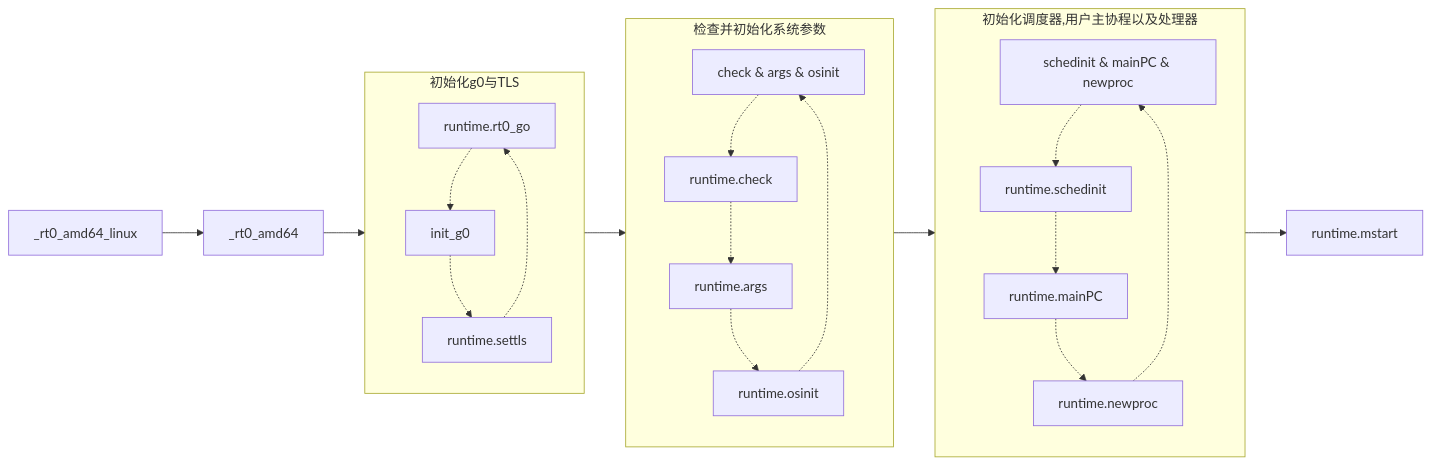
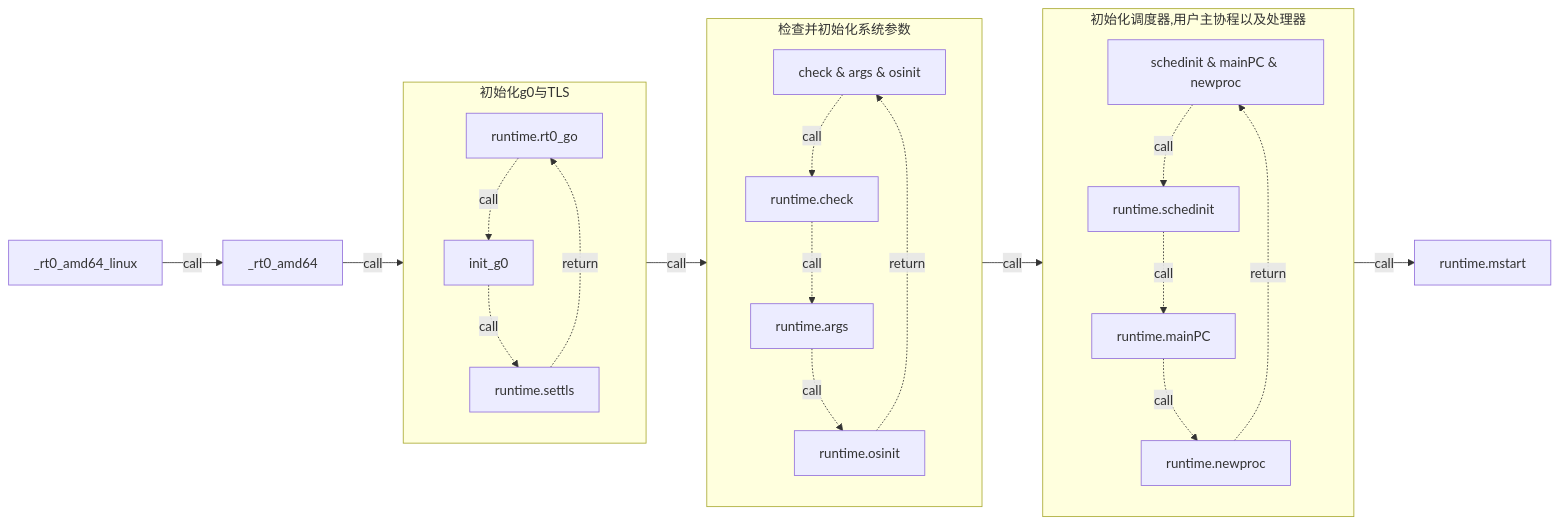
One commit to SDGLBL/go-src changed the first of 3 diagrams in chapter-2-goroutine/README.md. Above: the diagram before and after it, drawn with Mermaid. The commit also changed other lines of this file and 1 other file, not shown here.

````diff
--- a/chapter-2-goroutine/README.md
+++ b/chapter-2-goroutine/README.md
@@ -13,36 +15,36 @@
 ```mermaid
 flowchart LR
   A[_rt0_amd64_linux]
   B[_rt0_amd64]
   C[runtime.rt0_go]
   D[check & args & osinit]
   F[schedinit & mainPC & newproc]
   I[runtime.mstart]
 
   click C "https://github.com/golang/go/blob/819087624072fe8ca5914668e837d18eb231f04e/src/runtime/asm_amd64.s#L159" _blank
   click D "https://github.com/golang/go/blob/819087624072fe8ca5914668e837d18eb231f04e/src/runtime/asm_amd64.s#L337"
   click F "https://github.com/golang/go/blob/819087624072fe8ca5914668e837d18eb231f04e/src/runtime/asm_amd64.s#L345"
   click I "https://github.com/golang/go/blob/819087624072fe8ca5914668e837d18eb231f04e/src/runtime/asm_amd64.s#L354"
 
-  A --> B --> G_A  --> G_B  --> G_C  --> I
+  A -->|call| B -->|call| G_A  -->|call| G_B  -->|call| G_C  -->|call| I
 
   G_A_A[init_g0]
   G_A_B[runtime.settls]
   subgraph G_A [初始化g0与TLS]
-  C -.-> G_A_A  -.-> G_A_B -.-> C
+  C -.->|call| G_A_A  -.->|call| G_A_B -.->|return| C
   end
 
   G_B_A[runtime.check]
   G_B_B[runtime.args]
   G_B_C[runtime.osinit]
   subgraph G_B [检查并初始化系统参数]
-  D -.-> G_B_A -.-> G_B_B -.-> G_B_C -.-> D
+  D -.->|call| G_B_A -.->|call| G_B_B -.->|call| G_B_C -.->|return| D
   end
 
   G_C_A[runtime.schedinit]
   G_C_B[runtime.mainPC]
   G_C_C[runtime.newproc]
   subgraph G_C [初始化调度器,用户主协程以及处理器]
-  F -.-> G_C_A -.-> G_C_B -.-> G_C_C -.-> F
+  F -.->|call| G_C_A -.->|call| G_C_B -.->|call| G_C_C -.->|return| F
   end
 ```
````
